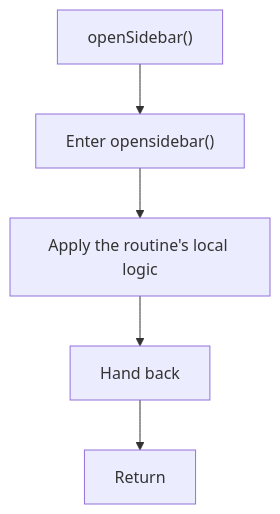
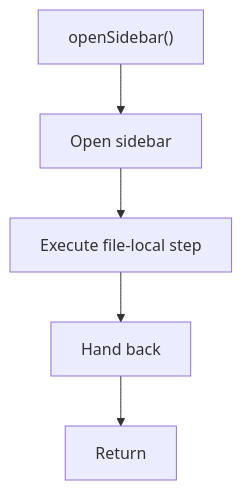
Before and after one commit to JohnAndrewBalbarosa/NeoTerritory: the diagram in docs/Codebase/Frontend/scripts/sidebar/functions/opensidebar.js.md, drawn with Mermaid. The commit also changed other lines of this file and 925 other files, not shown here.

````diff
--- a/docs/Codebase/Frontend/scripts/sidebar/functions/opensidebar.js.md
+++ b/docs/Codebase/Frontend/scripts/sidebar/functions/opensidebar.js.md
@@ -13,12 +13,12 @@
 ```mermaid
 flowchart TD
     Start["openSidebar()"]
-    N0["Enter opensidebar()"]
-    N1["Apply the routine's local logic"]
+    N0["Open sidebar"]
+    N1["Execute file-local step"]
     N2["Hand back"]
     End["Return"]
     Start --> N0
     N0 --> N1
     N1 --> N2
     N2 --> End
 ```
````
